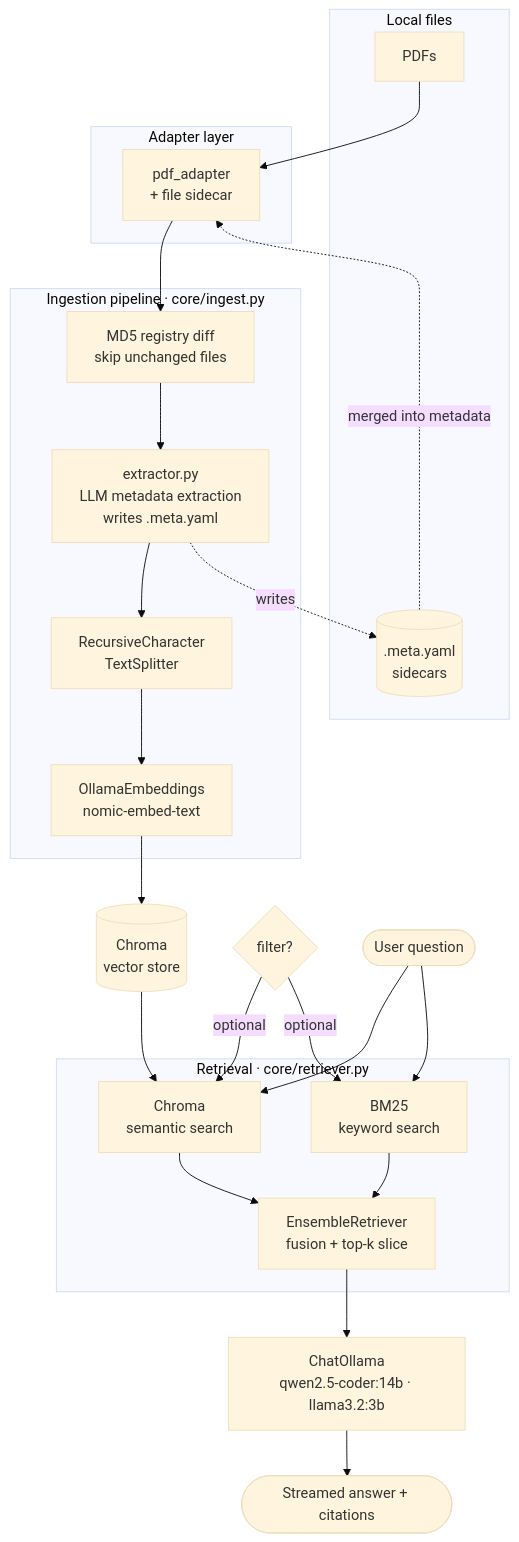
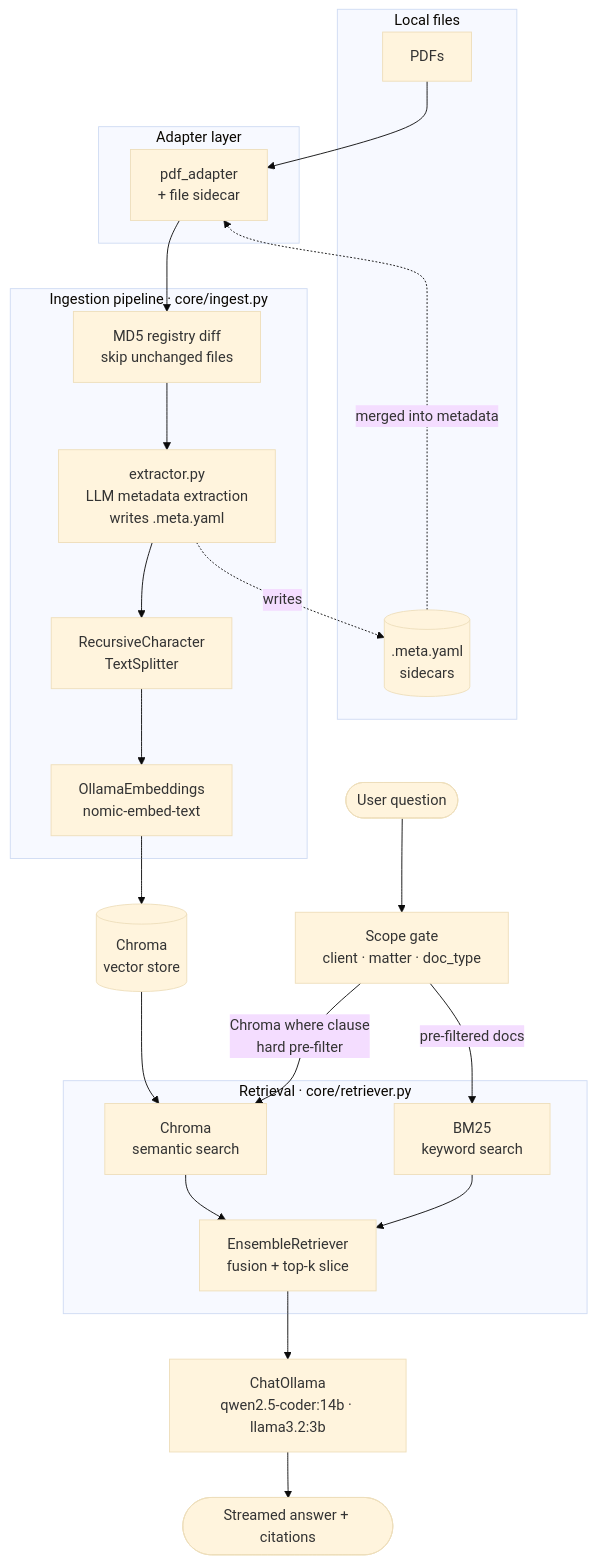
One commit to dneugebauer/locallang changed the second of 2 diagrams in README.md. Above: the diagram before and after it, drawn with Mermaid (base theme). The commit also changed 1 other file, not shown here.

Commit message:
docs: reframe metadata filter as required scope gate, not optional plumbing
Ethical wall violations in legal contexts are not relevance misses — a missed
filter is a professional conduct issue. Diagram and PRD now show matter selection
as the first-class entry point before similarity scoring, enforced at the API
layer rather than as optional UI plumbing.

````diff
--- a/README.md
+++ b/README.md
@@ -191,37 +191,38 @@
 ```mermaid
 flowchart TD
     subgraph src ["Local files"]
         S2[PDFs]
         M[(".meta.yaml\nsidecars")]
     end
 
     subgraph adapters ["Adapter layer"]
         A2[pdf_adapter\n+ file sidecar]
     end
 
     subgraph ingest ["Ingestion pipeline · core/ingest.py"]
         I1[MD5 registry diff\nskip unchanged files]
         I2[extractor.py\nLLM metadata extraction\nwrites .meta.yaml]
         I3[RecursiveCharacter\nTextSplitter]
         I4[OllamaEmbeddings\nnomic-embed-text]
     end
 
     subgraph retrieval ["Retrieval · core/retriever.py"]
         R1[Chroma\nsemantic search]
         R2[BM25\nkeyword search]
         R3[EnsembleRetriever\nfusion + top-k slice]
     end
 
     S2 --> A2
     M -.->|merged into metadata| A2
 
     A2 --> I1 --> I2 --> I3 --> I4 --> DB[(Chroma\nvector store)]
     I2 -.->|writes| M
 
-    F{filter?} -->|optional| R1 & R2
+    Q([User question]) --> SCOPE[Scope gate\nclient · matter · doc_type]
+    SCOPE -->|Chroma where clause\nhard pre-filter| R1
+    SCOPE -->|pre-filtered docs| R2
     DB --> R1
-    Q([User question]) --> R1 & R2
     R1 & R2 --> R3
     R3 --> LLM[ChatOllama\nqwen2.5-coder:14b · llama3.2:3b]
     LLM --> ANS([Streamed answer + citations])
 ```
````
